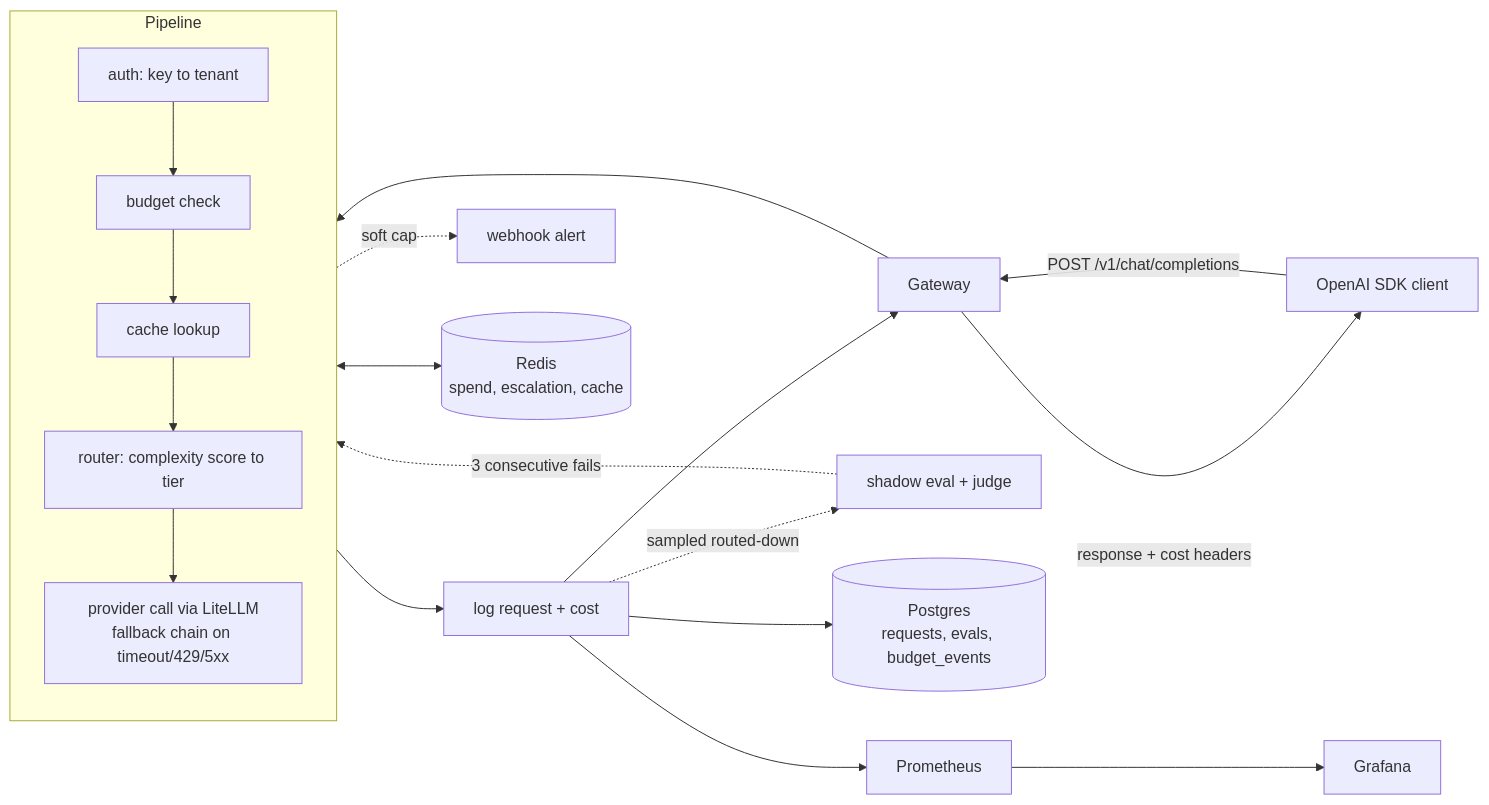
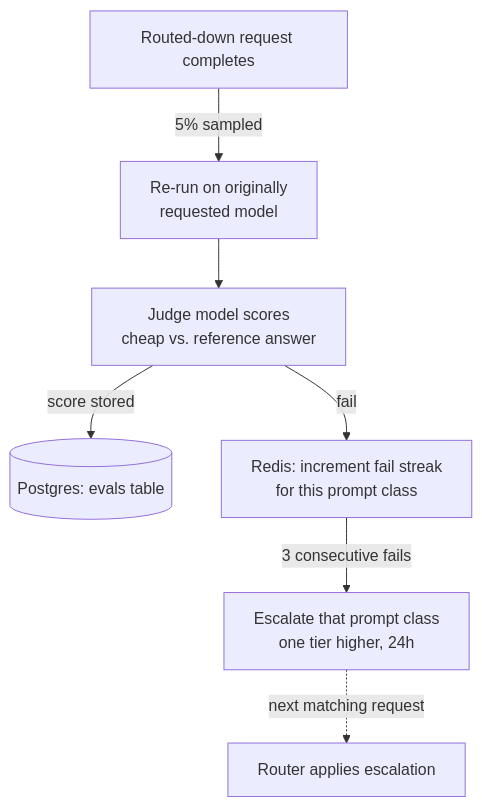
One commit to omkar-ramesh/llm-cost-autopilot changed the second of 3 diagrams in README.md. Above: the diagram before and after it, drawn with Mermaid. The commit also changed other lines of this file, not shown here.

First line of the commit message:
improve README: bigger architecture diagrams, safer quickstart, tech badges

````diff
--- a/README.md
+++ b/README.md
@@ -33,25 +65,9 @@
 ```mermaid
-flowchart LR
-    C[OpenAI SDK client] -->|POST /v1/chat/completions| G[Gateway]
-
-    subgraph Pipeline
-        direction TB
-        A[auth: key to tenant] --> B[budget check]
-        B --> CA[cache lookup]
-        CA --> R[router: complexity score to tier]
-        R --> P[provider call via LiteLLM<br/>fallback chain on timeout/429/5xx]
-    end
-
-    G --> A
-    P --> L[log request + cost]
-    L --> G
-    G -->|response + cost headers| C
-
-    B -.->|soft cap| W[webhook alert]
-    L -.->|sampled routed-down| Q[shadow eval + judge]
-    Q -.->|3 consecutive fails| R
-
-    L --> PG[(Postgres<br/>requests, evals, budget_events)]
-    B <--> RD[(Redis<br/>spend, escalation, cache)]
-    L --> PR[Prometheus] --> GR[Grafana]
+flowchart TD
+    A[Routed-down request completes] -->|5% sampled| B[Re-run on originally<br/>requested model]
+    B --> C[Judge model scores<br/>cheap vs. reference answer]
+    C -->|score stored| D[(Postgres: evals table)]
+    C -->|fail| E[Redis: increment fail streak<br/>for this prompt class]
+    E -->|3 consecutive fails| F[Escalate that prompt class<br/>one tier higher, 24h]
+    F -.->|next matching request| G[Router applies escalation]
 ```
````
